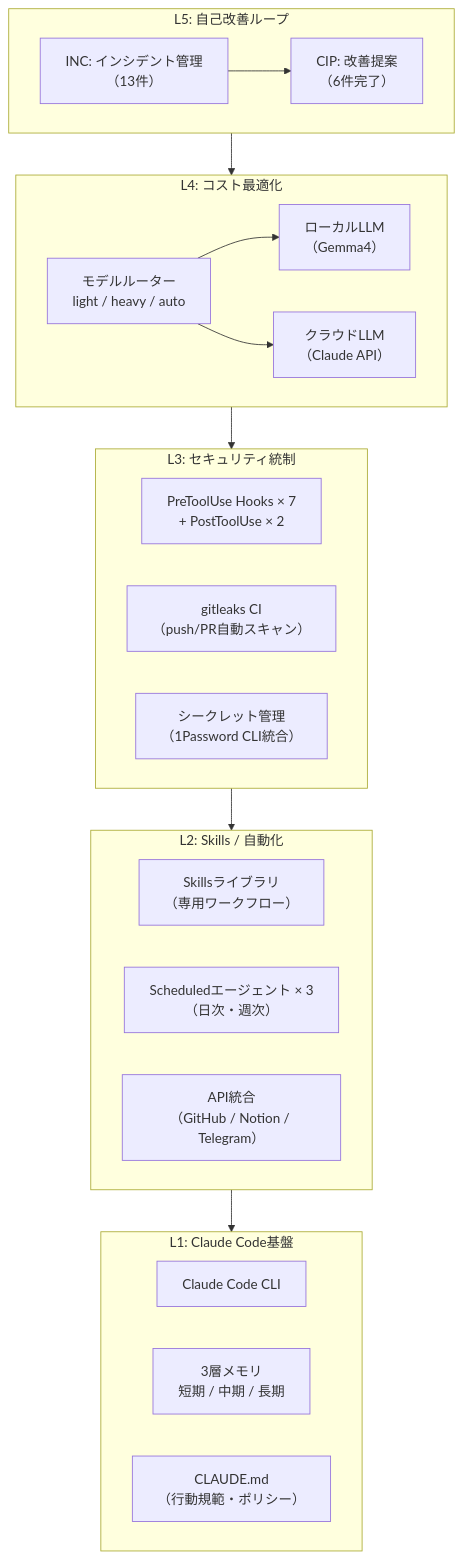
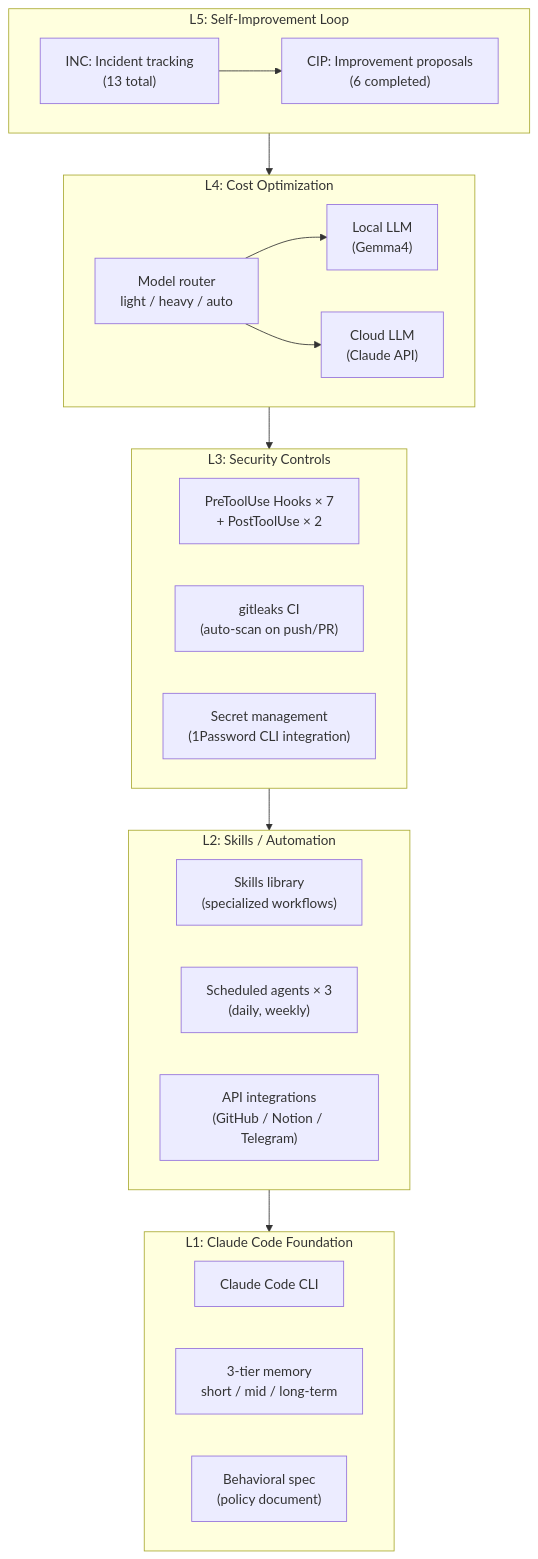
The second of 3 diagrams in docs/architecture.md (tiktax/ai-infra-portfolio), drawn with Mermaid before and after one commit. The commit also changed other lines of this file and 1 other file, not shown here.

Commit message:
docs: full English conversion — achievements, policy, architecture

````diff
--- a/docs/architecture.md
+++ b/docs/architecture.md
@@ -38,39 +38,39 @@
 ```mermaid
 graph TB
-    subgraph L5["L5: 自己改善ループ"]
-        INC["INC: インシデント管理<br/>（13件）"]
-        CIP["CIP: 改善提案<br/>（6件完了）"]
+    subgraph L5["L5: Self-Improvement Loop"]
+        INC["INC: Incident tracking<br/>(13 total)"]
+        CIP["CIP: Improvement proposals<br/>(6 completed)"]
         INC --> CIP
     end
 
-    subgraph L4["L4: コスト最適化"]
-        Router["モデルルーター<br/>light / heavy / auto"]
-        LocalLLM["ローカルLLM<br/>（Gemma4）"]
-        CloudLLM["クラウドLLM<br/>（Claude API）"]
+    subgraph L4["L4: Cost Optimization"]
+        Router["Model router<br/>light / heavy / auto"]
+        LocalLLM["Local LLM<br/>(Gemma4)"]
+        CloudLLM["Cloud LLM<br/>(Claude API)"]
         Router --> LocalLLM
         Router --> CloudLLM
     end
 
-    subgraph L3["L3: セキュリティ統制"]
+    subgraph L3["L3: Security Controls"]
         Hooks["PreToolUse Hooks × 7<br/>+ PostToolUse × 2"]
-        gitleaks["gitleaks CI<br/>（push/PR自動スキャン）"]
-        SecretsMgr["シークレット管理<br/>（1Password CLI統合）"]
+        gitleaks["gitleaks CI<br/>(auto-scan on push/PR)"]
+        SecretsMgr["Secret management<br/>(1Password CLI integration)"]
     end
 
-    subgraph L2["L2: Skills / 自動化"]
-        Skills["Skillsライブラリ<br/>（専用ワークフロー）"]
-        Scheduled["Scheduledエージェント × 3<br/>（日次・週次）"]
-        Integrations["API統合<br/>（GitHub / Notion / Telegram）"]
+    subgraph L2["L2: Skills / Automation"]
+        Skills["Skills library<br/>(specialized workflows)"]
+        Scheduled["Scheduled agents × 3<br/>(daily, weekly)"]
+        Integrations["API integrations<br/>(GitHub / Notion / Telegram)"]
     end
 
-    subgraph L1["L1: Claude Code基盤"]
+    subgraph L1["L1: Claude Code Foundation"]
         CC["Claude Code CLI"]
-        Memory["3層メモリ<br/>短期 / 中期 / 長期"]
-        CLAUDE_MD["CLAUDE.md<br/>（行動規範・ポリシー）"]
+        Memory["3-tier memory<br/>short / mid / long-term"]
+        CLAUDE_MD["Behavioral spec<br/>(policy document)"]
     end
 
     L5 --> L4
     L4 --> L3
     L3 --> L2
     L2 --> L1
 ```
````
